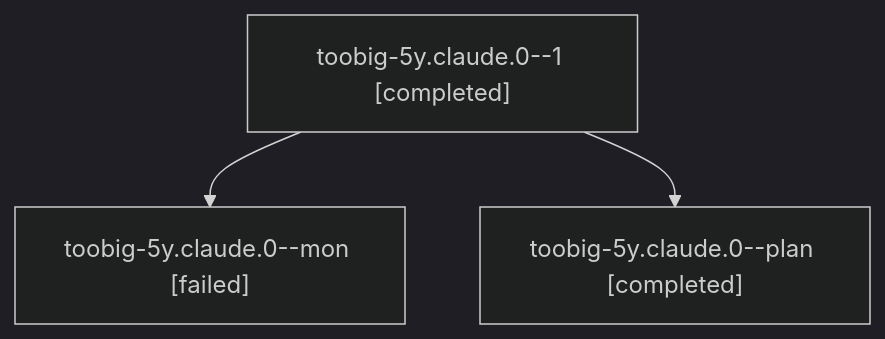
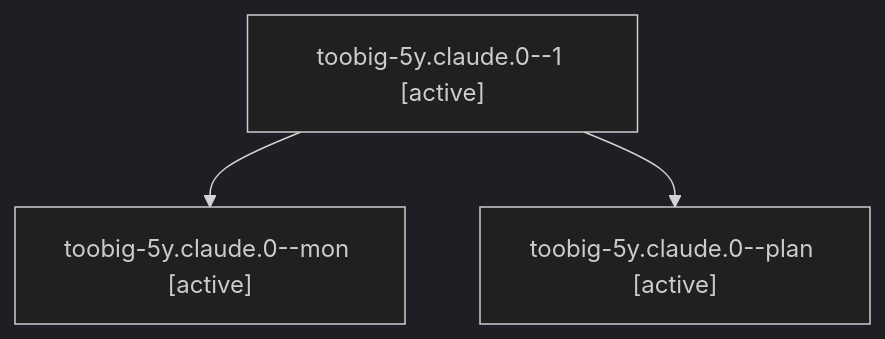
The diagram in families/bbugyi200.athena.toobig-5y.claude.0.md (sase-org/sase--agents), drawn with Mermaid (dark theme) before and after one commit. The commit also changed other lines of this file and 35830 other files, not shown here.

````diff
--- a/families/bbugyi200.athena.toobig-5y.claude.0.md
+++ b/families/bbugyi200.athena.toobig-5y.claude.0.md
@@ -9,8 +9,8 @@
 ```mermaid
 flowchart TD
-  n0["toobig-5y.claude.0--1 [completed]"]
-  n1["toobig-5y.claude.0--mon [failed]"]
+  n0["toobig-5y.claude.0--1 [active]"]
+  n1["toobig-5y.claude.0--mon [active]"]
   n0 --> n1
-  n2["toobig-5y.claude.0--plan [completed]"]
+  n2["toobig-5y.claude.0--plan [active]"]
   n0 --> n2
 ```
````
